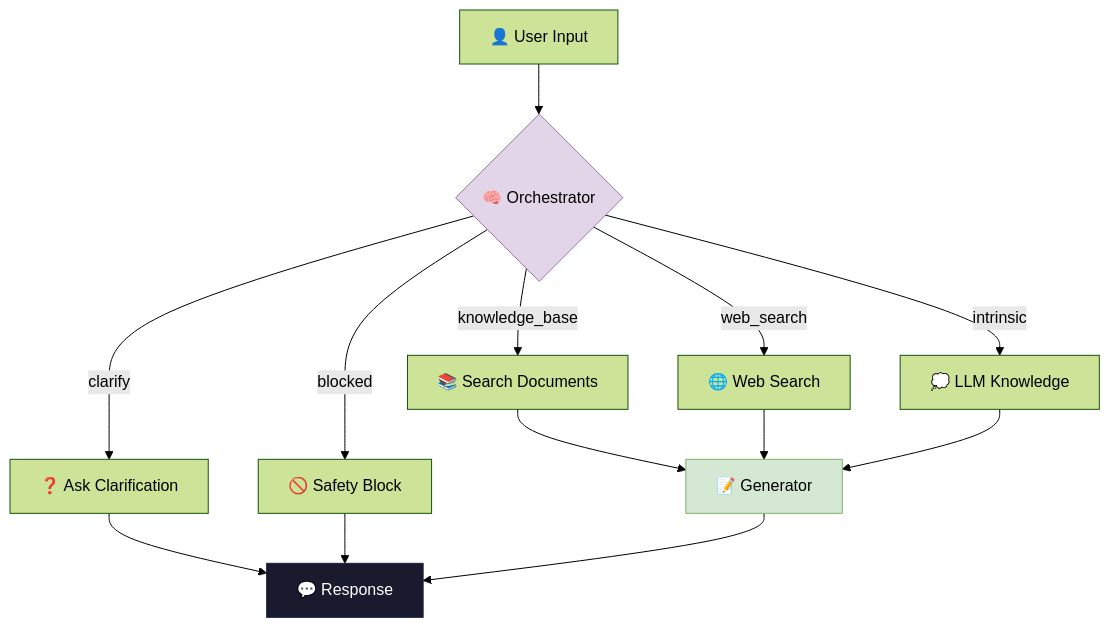
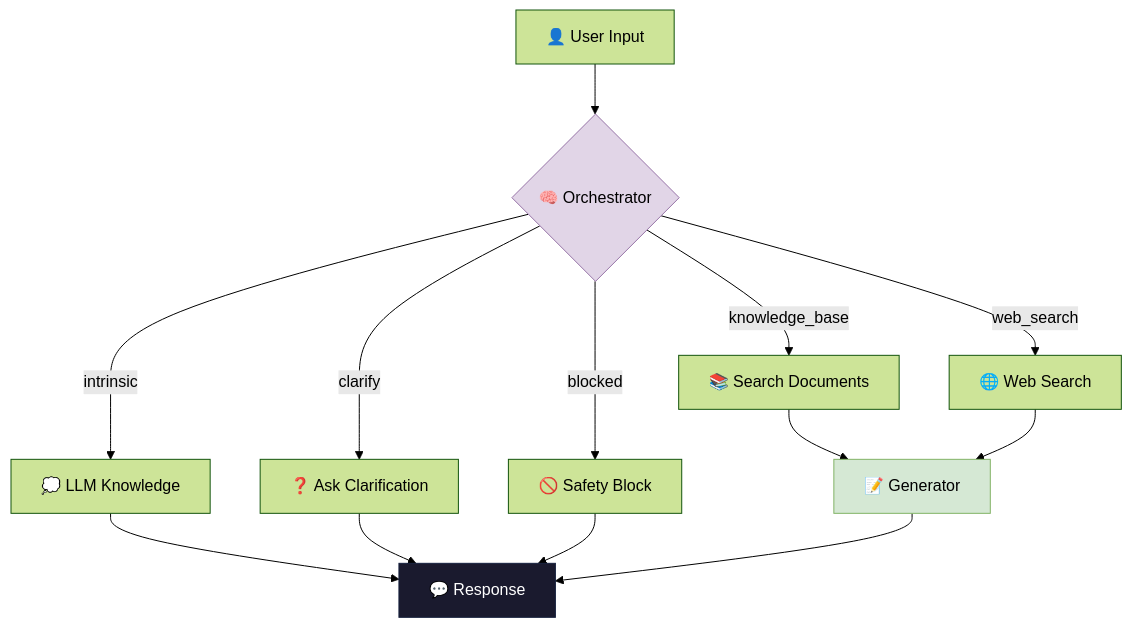
The first of 2 diagrams in README.md (LucaZilli/company_assistant), drawn with Mermaid (forest theme) before and after one commit.

Commit message:
chore: modified readme to adjust the architecture1 new flux

````diff
--- a/README.md
+++ b/README.md
@@ -79,20 +79,20 @@
 ```mermaid
 flowchart TD
     A[👤 User Input] --> B{🧠 Orchestrator}
     B -->|knowledge_base| C[📚 Search Documents]
     B -->|web_search| D[🌐 Web Search]
     B -->|intrinsic| E[💭 LLM Knowledge]
     B -->|clarify| F[❓ Ask Clarification]
     B -->|blocked| G[🚫 Safety Block]
     
     C --> H[📝 Generator]
     D --> H
-    E --> H
-    F --> I[💬 Response]
+    E --> I[💬 Response]
+    F --> I
     G --> I
     H --> I
     
     style B fill:#e1d5e7,stroke:#9673a6
     style H fill:#d5e8d4,stroke:#82b366
     style I fill:#1a1a2e,stroke:#16213e,color:#fff
 ```
````
